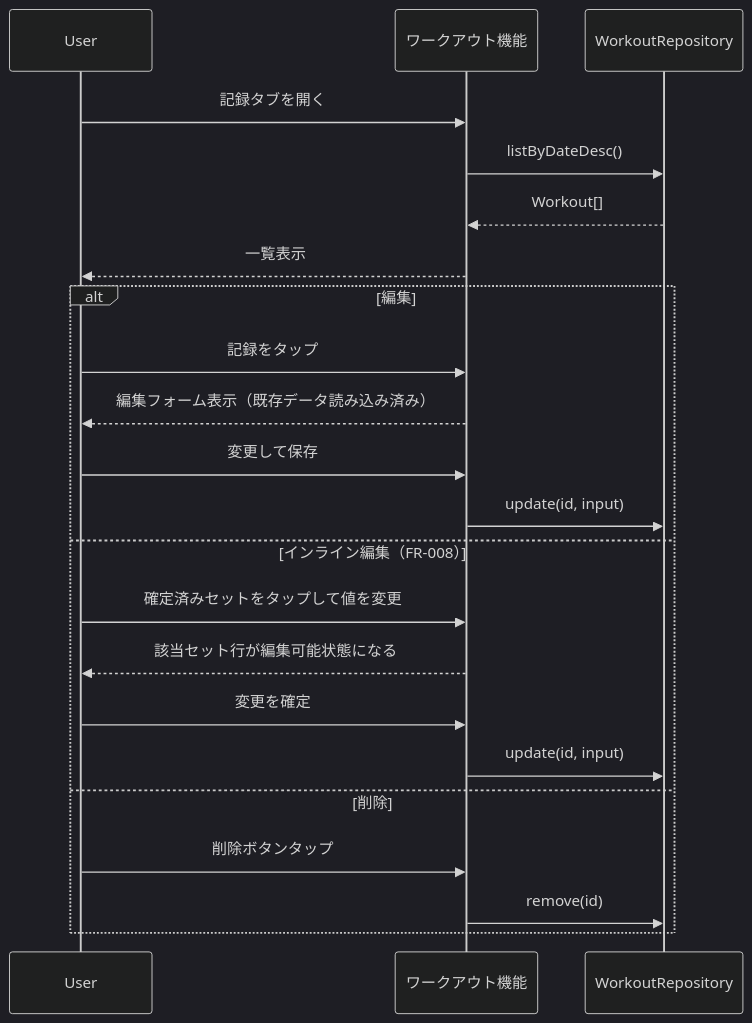
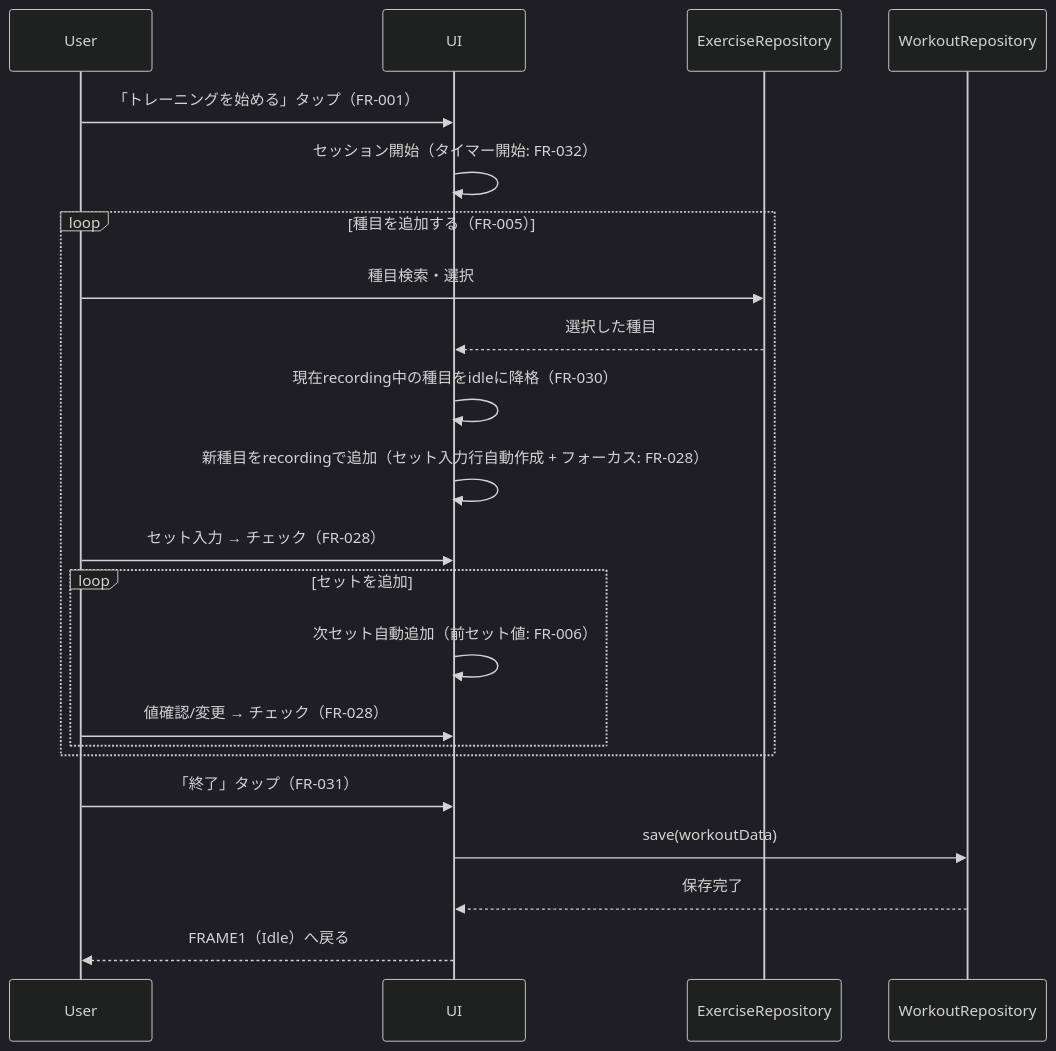
One commit to SakumaTakuya/gymini changed the fourth of 4 diagrams in .sdd/specification/workout/index_spec.md. Above: the diagram before and after it, drawn with Mermaid (dark theme). The commit also changed other lines of this file and 3 other files, not shown here.

````diff
--- a/.sdd/specification/workout/index_spec.md
+++ b/.sdd/specification/workout/index_spec.md
@@ -195,26 +275,28 @@
 ```mermaid
 sequenceDiagram
     participant User
-    participant WorkoutUI as ワークアウト機能
+    participant UI
+    participant ExerciseRepository
     participant WorkoutRepository
 
-    User->>WorkoutUI: 記録タブを開く
-    WorkoutUI->>WorkoutRepository: listByDateDesc()
-    WorkoutRepository-->>WorkoutUI: Workout[]
-    WorkoutUI-->>User: 一覧表示
+    User->>UI: 「トレーニングを始める」タップ（FR-001）
+    UI->>UI: セッション開始（タイマー開始: FR-032）
 
-    alt 編集
-        User->>WorkoutUI: 記録をタップ
-        WorkoutUI-->>User: 編集フォーム表示（既存データ読み込み済み）
-        User->>WorkoutUI: 変更して保存
-        WorkoutUI->>WorkoutRepository: update(id, input)
-    else インライン編集（FR-008）
-        User->>WorkoutUI: 確定済みセットをタップして値を変更
-        WorkoutUI-->>User: 該当セット行が編集可能状態になる
-        User->>WorkoutUI: 変更を確定
-        WorkoutUI->>WorkoutRepository: update(id, input)
-    else 削除
-        User->>WorkoutUI: 削除ボタンタップ
-        WorkoutUI->>WorkoutRepository: remove(id)
+    loop 種目を追加する（FR-005）
+        User->>ExerciseRepository: 種目検索・選択
+        ExerciseRepository-->>UI: 選択した種目
+        UI->>UI: 現在recording中の種目をidleに降格（FR-030）
+        UI->>UI: 新種目をrecordingで追加（セット入力行自動作成 + フォーカス: FR-028）
+
+        User->>UI: セット入力 → チェック（FR-028）
+        loop セットを追加
+            UI->>UI: 次セット自動追加（前セット値: FR-006）
+            User->>UI: 値確認/変更 → チェック（FR-028）
+        end
     end
+
+    User->>UI: 「終了」タップ（FR-031）
+    UI->>WorkoutRepository: save(workoutData)
+    WorkoutRepository-->>UI: 保存完了
+    UI-->>User: FRAME1（Idle）へ戻る
 ```
````
